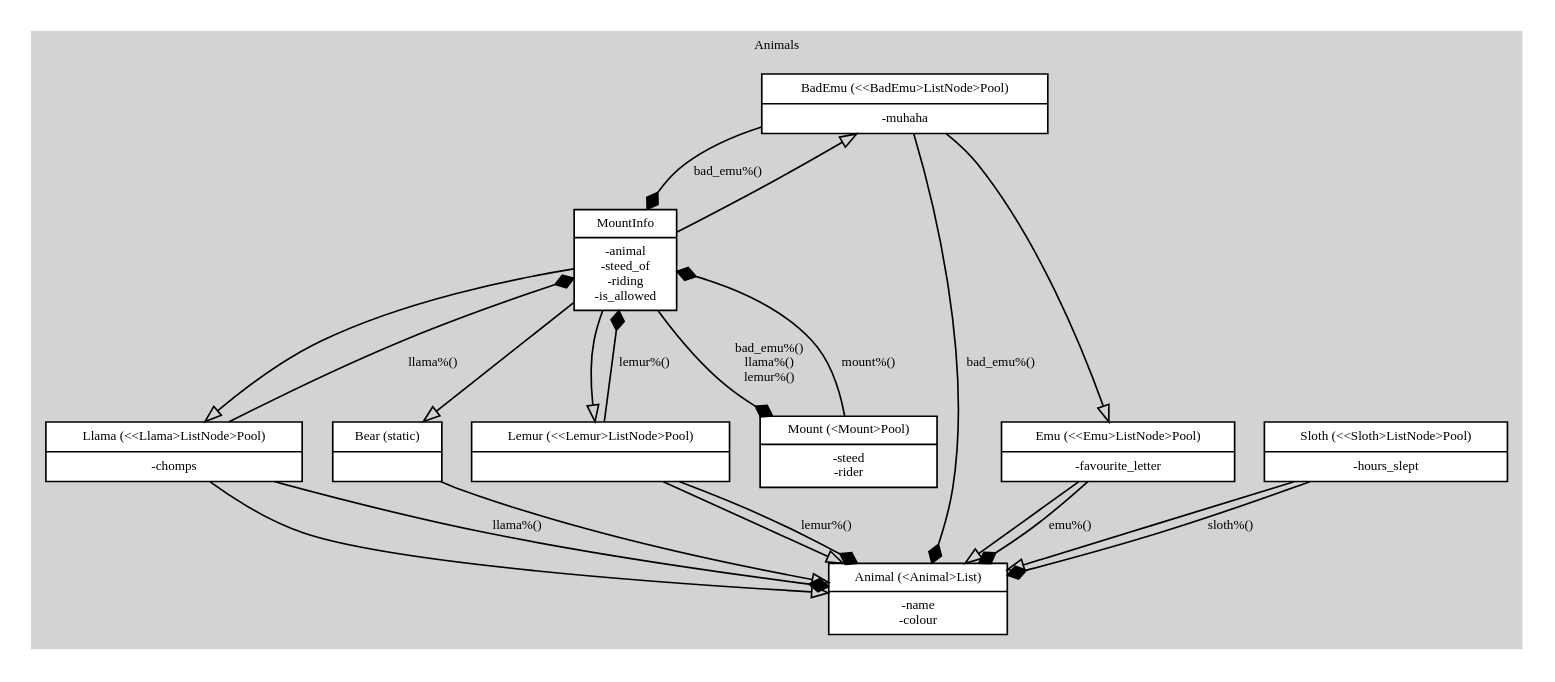
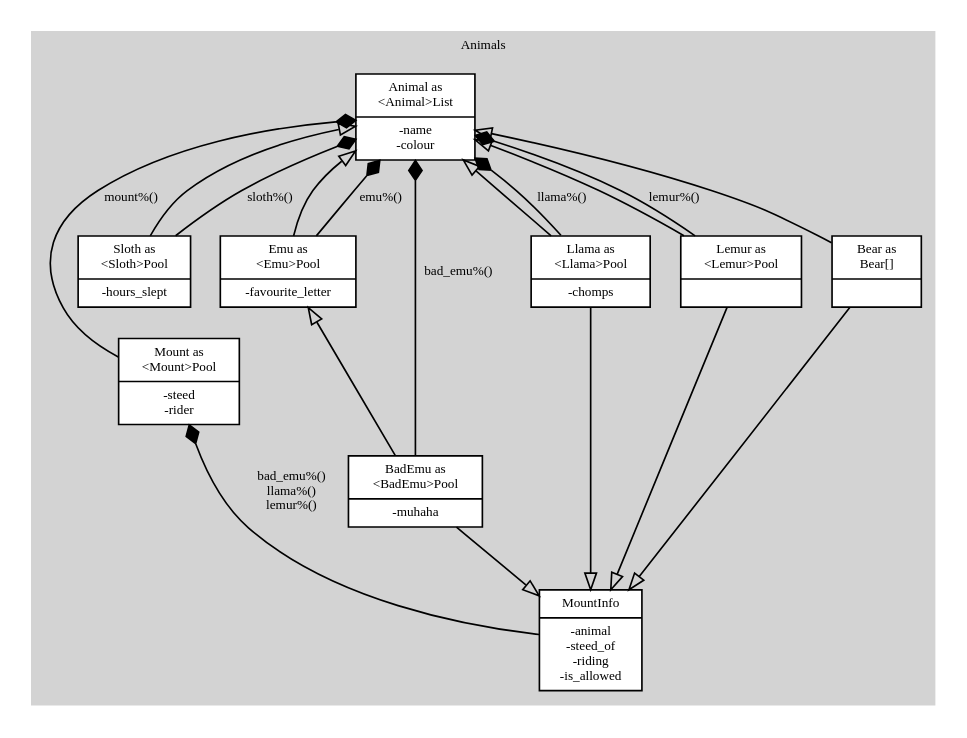
The diagram in Animals.gv (neil-edelman/boxes), drawn with Graphviz before and after one commit. The commit also changed 10 other files, not shown here.

Commit message:
Made Mount point at Animal instead of MountInfo; simpler.

```diff
--- a/Animals.gv
+++ b/Animals.gv
@@ -1,57 +1,56 @@
 digraph {
 	fontname = "Bitstream Vera Sans";
 	fontsize = 8;
 	node [
 		fontname = "Bitstream Vera Sans",
 		fontsize = 8,
 		shape = "record"
 	];
 	edge [
 		fontname = "Bitstream Vera Sans",
 		fontsize = 8,
 	];
 	subgraph cluster_Animals {
 		label = "Animals";
 		style = filled;
 		color = lightgrey;
 		node [style = filled, fillcolor = white];
 
-		Animal [ label = "{Animal (\<Animal\>List)|-name\n-colour}" ];
-		Mount [ label = "{Mount (\<Mount\>Pool)|-steed\n-rider}" ]
-		MountInfo [label="{MountInfo |-animal\n-steed_of\n-riding\n-is_allowed}"]
-		Sloth [ label = "{Sloth (\<\<Sloth\>ListNode\>Pool)|-hours_slept}" ];
-		Emu [ label = "{Emu (\<\<Emu\>ListNode\>Pool)|-favourite_letter}"];
-		BadEmu [label="{BadEmu (\<\<BadEmu\>ListNode\>Pool)|-muhaha}"];
-		Llama [label="{Llama (\<\<Llama\>ListNode\>Pool)|-chomps}"];
-		Lemur [label="{Lemur (\<\<Lemur\>ListNode\>Pool)|}"];
-		Bear [label="{Bear (static)|}"];
+		Animal [ label = "{Animal as\n\<Animal\>List|-name\n-colour}" ];
+		Mount [ label = "{Mount as\n\<Mount\>Pool|-steed\n-rider}" ]
+		MountInfo [label="{MountInfo|-animal\n-steed_of\n-riding\n-is_allowed}"]
+		Sloth [ label = "{Sloth as\n\<Sloth\>Pool|-hours_slept}" ];
+		Emu [ label = "{Emu as\n\<Emu\>Pool|-favourite_letter}"];
+		BadEmu [label="{BadEmu as\n\<BadEmu\>Pool|-muhaha}"];
+		Llama [label="{Llama as\n\<Llama\>Pool|-chomps}"];
+		Lemur [label="{Lemur as\n\<Lemur\>Pool|}"];
+		Bear [label="{Bear as\nBear[]|}"];
+
+		{ rank = same; Sloth; Emu; Llama; Lemur; Bear; }
 
 		# inheritance (nested {struct}s)
-		edge [ arrowhead = "onormal" ];
-		Sloth -> Animal;
-		Emu -> Animal;
-		BadEmu -> Emu;
-		MountInfo -> BadEmu;
-		Llama -> Animal;
-		MountInfo -> Llama;
-		Lemur -> Animal;
-		MountInfo -> Lemur;
-		Bear -> Animal;
-		MountInfo -> Bear;
+		edge [ arrowtail = "onormal", dir = back ];
+		Animal -> Sloth;
+		Animal -> Emu -> BadEmu;
+		Animal -> Llama;
+		Animal ->Lemur;
+		Animal -> Bear;
+		edge [ arrowhead = "onormal", dir = forward ];
+		BadEmu -> MountInfo;
+		Llama -> MountInfo;
+		Lemur -> MountInfo;
+		Bear -> MountInfo;
 
 		# composition
 		# when the memory changes locations due to a {realloc}
 		# \each == _migrate
-		edge [ arrowhead = "diamond" ];
-		Sloth -> Animal [ label = "sloth%()" ];
-		Emu -> Animal [ label = "emu%()" ];
-		BadEmu -> Animal [ label = "bad_emu%()" ];
-		BadEmu -> MountInfo [ label = "bad_emu%()" ]
-		Llama -> Animal [ label = "llama%()" ];
-		Llama -> MountInfo [ label = "llama%()" ]
-		Lemur -> Animal [ label = "lemur%()" ];
-		Lemur -> MountInfo [ label = "lemur%()" ]
-		MountInfo -> Mount [ label = "bad_emu%()\nllama%()\nlemur%()" ];
-		Mount -> MountInfo [ label = "mount%()" ];
+		edge [ arrowtail = "diamond", dir = back ];
+		Animal -> Sloth [ label = "sloth%()" ];
+		Animal -> Emu  [ label = "emu%()" ];
+		Animal -> BadEmu [ label = "bad_emu%()" ];
+		Animal -> Llama [ label = "llama%()" ];
+		Animal -> Lemur [ label = "lemur%()" ];
+		Mount -> MountInfo [ label = "bad_emu%()\nllama%()\nlemur%()" ];
+		Animal -> Mount [ label = "mount%()" ];
 	}
 }
```
